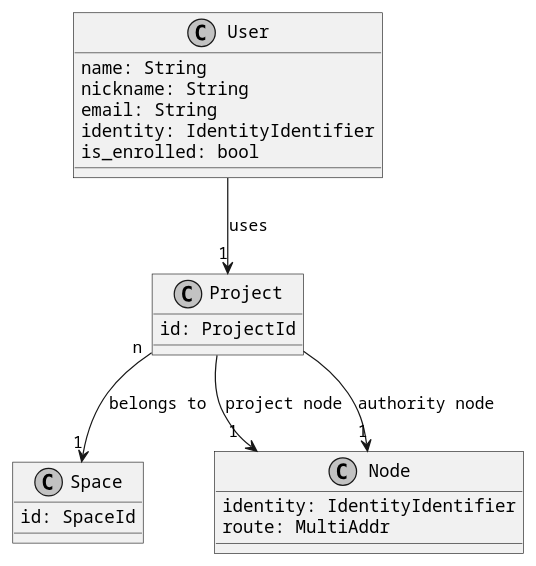
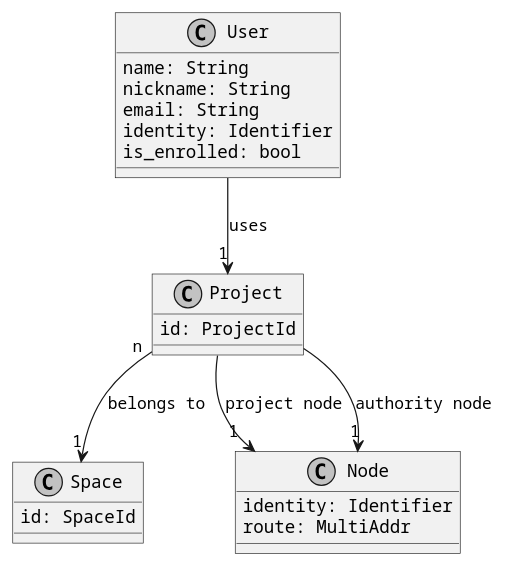
The diagram in documentation/architecture/desktop_application/diagrams/enroll.puml (build-trust/ockam), drawn with PlantUML before and after one commit. The commit also changed 8 other files, not shown here.

First line of the commit message:
refactor(rust): replace identity identifier with identity

```diff
--- a/documentation/architecture/desktop_application/diagrams/enroll.puml
+++ b/documentation/architecture/desktop_application/diagrams/enroll.puml
@@ -1,35 +1,35 @@
 @startuml
 skinparam monochrome true
 skinparam defaultFontName Courier
 skinparam roundCorner 0
 skinparam wrapWidth 400
 
 class User {
   name: String
   nickname: String
   email: String
-  identity: IdentityIdentifier
+  identity: Identifier
   is_enrolled: bool
 }
 
 User --> "1" Project: uses
 
 class Space {
   id: SpaceId
 }
 
 class Project {
   id: ProjectId
 }
 Project "n" --> "1" Space: belongs to
 
 class Node {
-  identity: IdentityIdentifier
+  identity: Identifier
   route: MultiAddr
 }
 
 Project --> "1" Node: project node
 Project --> "1" Node: authority node
 
 
 @enduml
```
